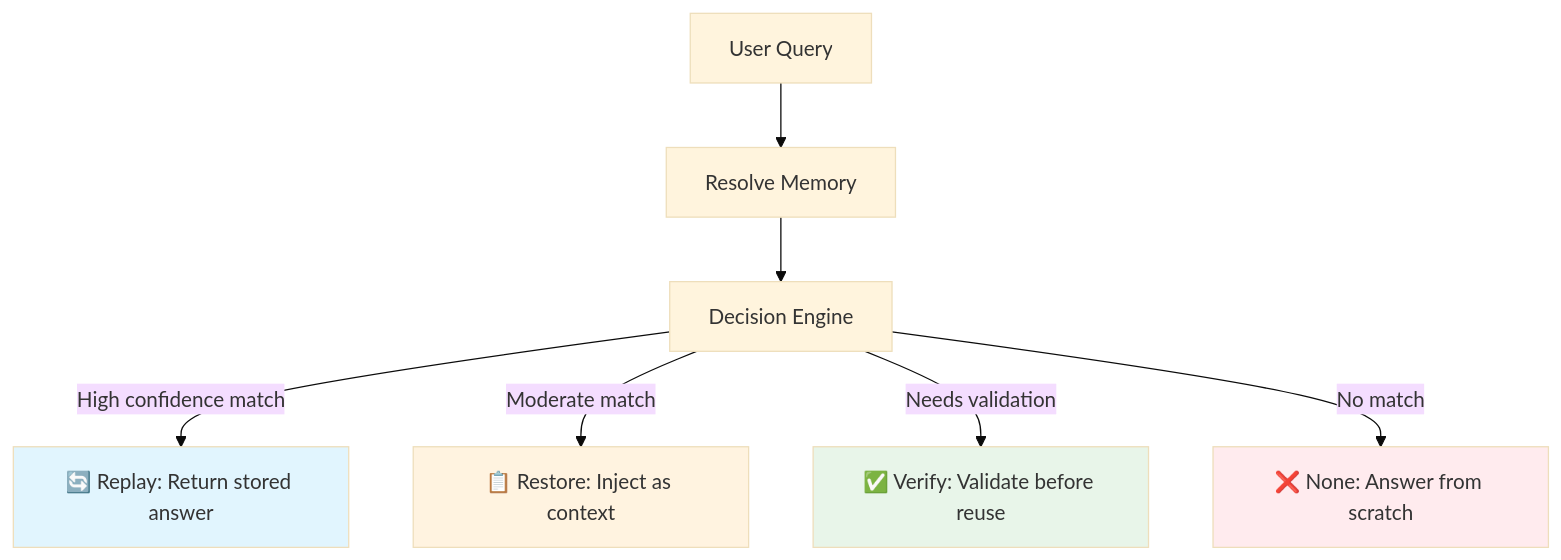
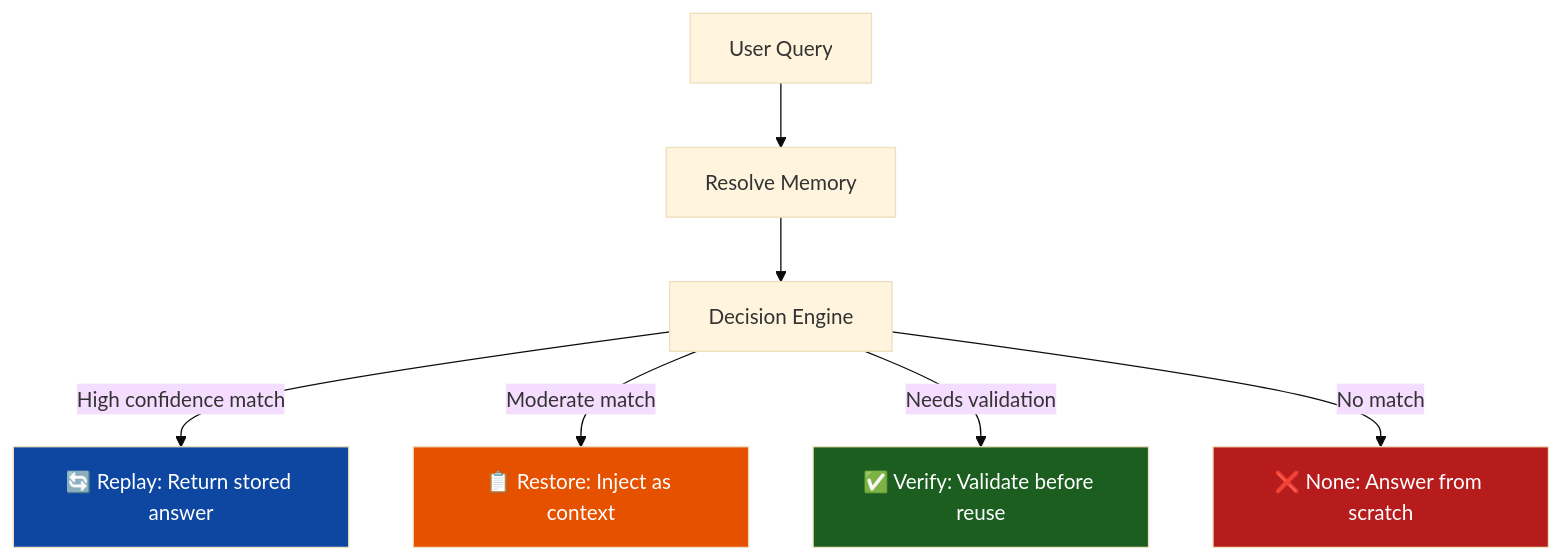
The first of 3 diagrams in README.md (theprodsde/agent-memory), drawn with Mermaid (base theme) before and after one commit. The commit also changed other lines of this file and 1 other file, not shown here.

````diff
--- a/README.md
+++ b/README.md
@@ -26,14 +26,14 @@
 ```mermaid
 flowchart TD
     A[User Query] --> B[Resolve Memory]
     B --> C[Decision Engine]
     C -->|High confidence match| D[🔄 Replay: Return stored answer]
     C -->|Moderate match| E[📋 Restore: Inject as context]
     C -->|Needs validation| F[✅ Verify: Validate before reuse]
     C -->|No match| G[❌ None: Answer from scratch]
     
-    style D fill:#e1f5fe
-    style E fill:#fff3e0
-    style F fill:#e8f5e9
-    style G fill:#ffebee
+    style D fill:#0d47a1,color:#ffffff
+    style E fill:#e65100,color:#ffffff
+    style F fill:#1b5e20,color:#ffffff
+    style G fill:#b71c1c,color:#ffffff
 ```
````
